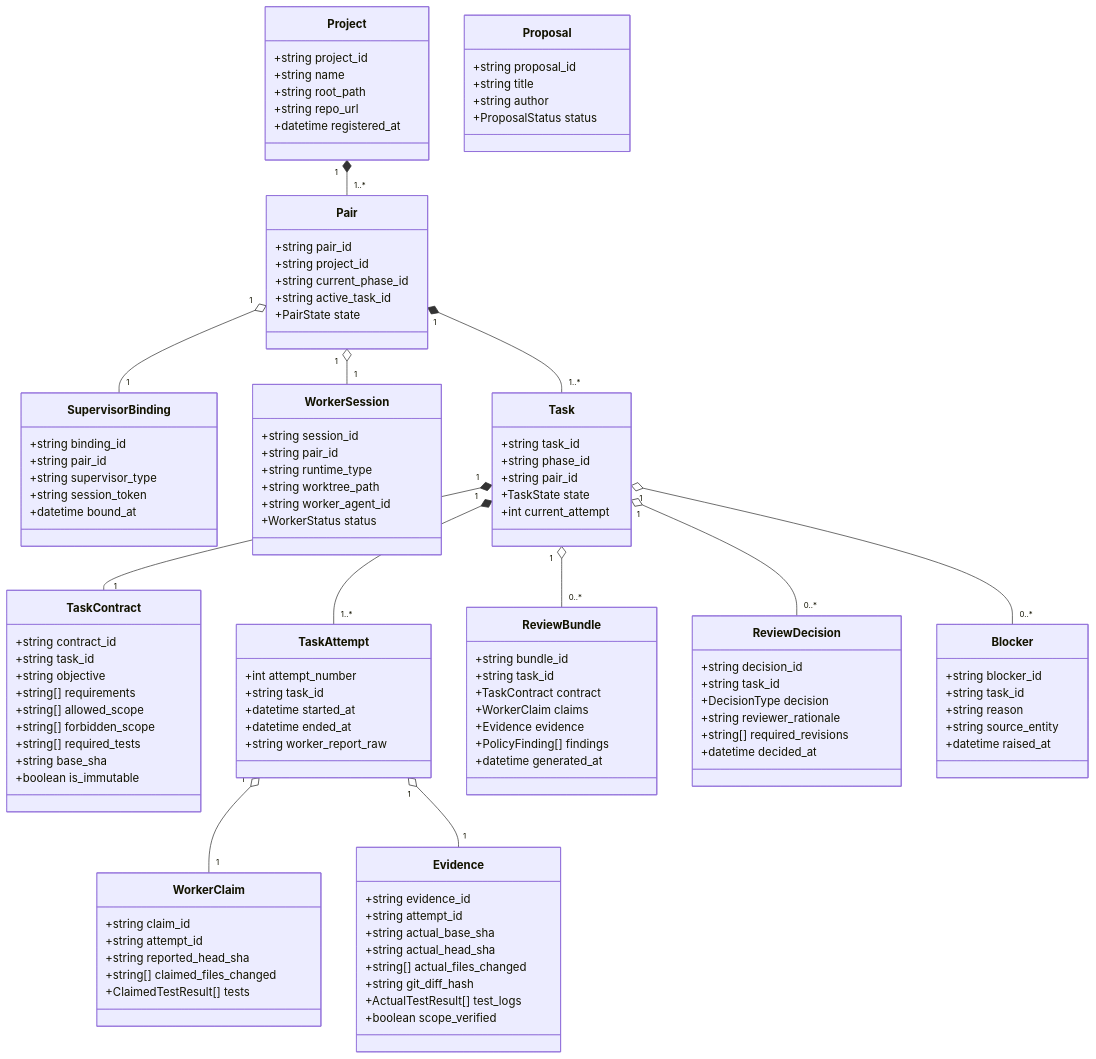
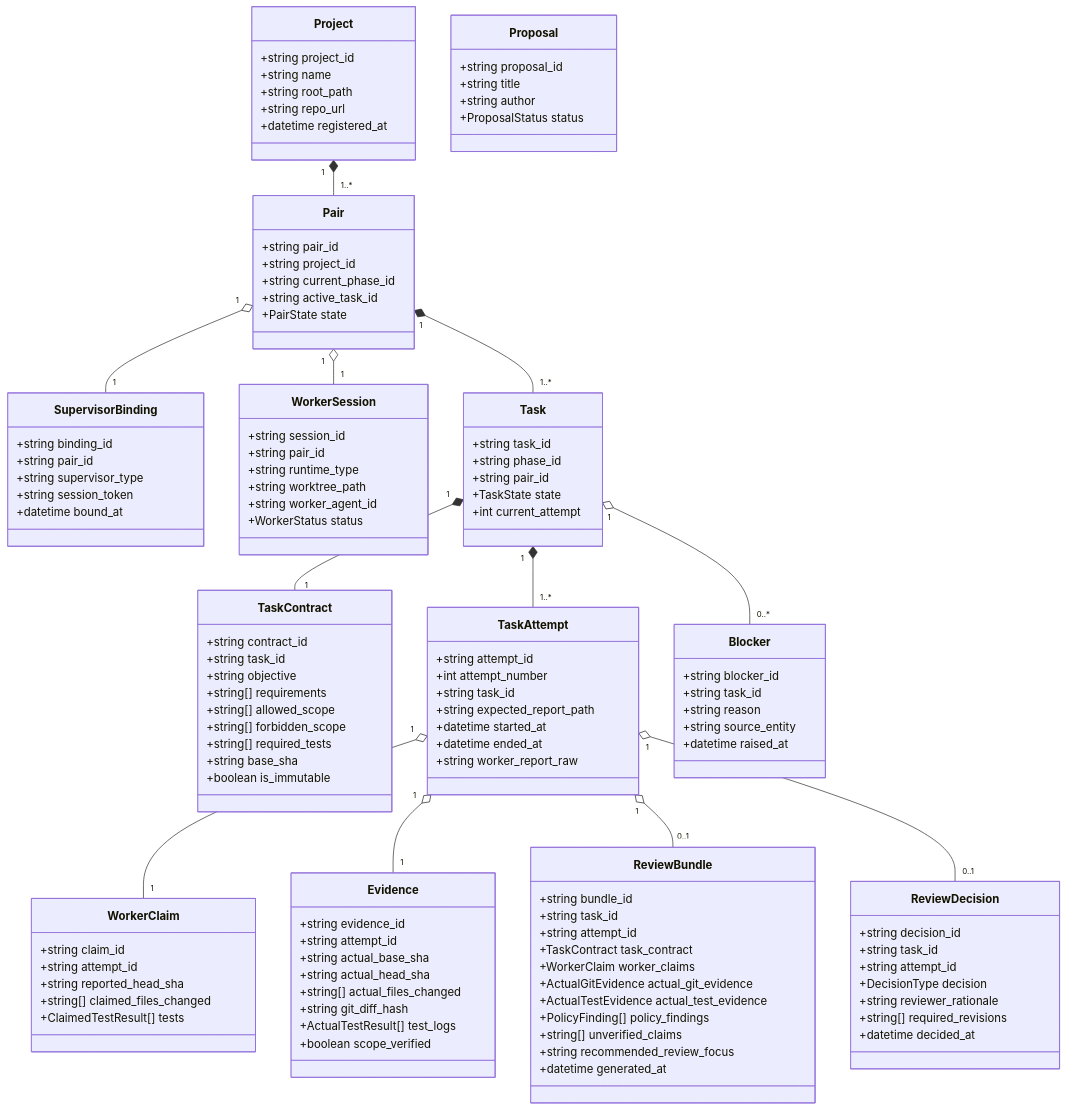
Before and after one commit to trungqwe/ai-supervisor: the diagram in docs/05_DOMAIN_MODEL.md, drawn with Mermaid. The commit also changed other lines of this file and 17 other files, not shown here.

Commit message:
docs: complete P01 final audit and freeze Architecture V2

````diff
--- a/docs/05_DOMAIN_MODEL.md
+++ b/docs/05_DOMAIN_MODEL.md
@@ -63,8 +63,10 @@
     }
 
     class TaskAttempt {
+        +string attempt_id
         +int attempt_number
         +string task_id
+        +string expected_report_path
         +datetime started_at
         +datetime ended_at
         +string worker_report_raw
@@ -92,16 +94,21 @@
     class ReviewBundle {
         +string bundle_id
         +string task_id
-        +TaskContract contract
-        +WorkerClaim claims
-        +Evidence evidence
-        +PolicyFinding[] findings
+        +string attempt_id
+        +TaskContract task_contract
+        +WorkerClaim worker_claims
+        +ActualGitEvidence actual_git_evidence
+        +ActualTestEvidence actual_test_evidence
+        +PolicyFinding[] policy_findings
+        +string[] unverified_claims
+        +string recommended_review_focus
         +datetime generated_at
     }
 
     class ReviewDecision {
         +string decision_id
         +string task_id
+        +string attempt_id
         +DecisionType decision
         +string reviewer_rationale
         +string[] required_revisions
@@ -131,7 +138,7 @@
     Task "1" *-- "1..*" TaskAttempt
     TaskAttempt "1" o-- "1" WorkerClaim
     TaskAttempt "1" o-- "1" Evidence
-    Task "1" o-- "0..*" ReviewBundle
-    Task "1" o-- "0..*" ReviewDecision
+    TaskAttempt "1" o-- "0..1" ReviewBundle
+    TaskAttempt "1" o-- "0..1" ReviewDecision
     Task "1" o-- "0..*" Blocker
 ```
````
